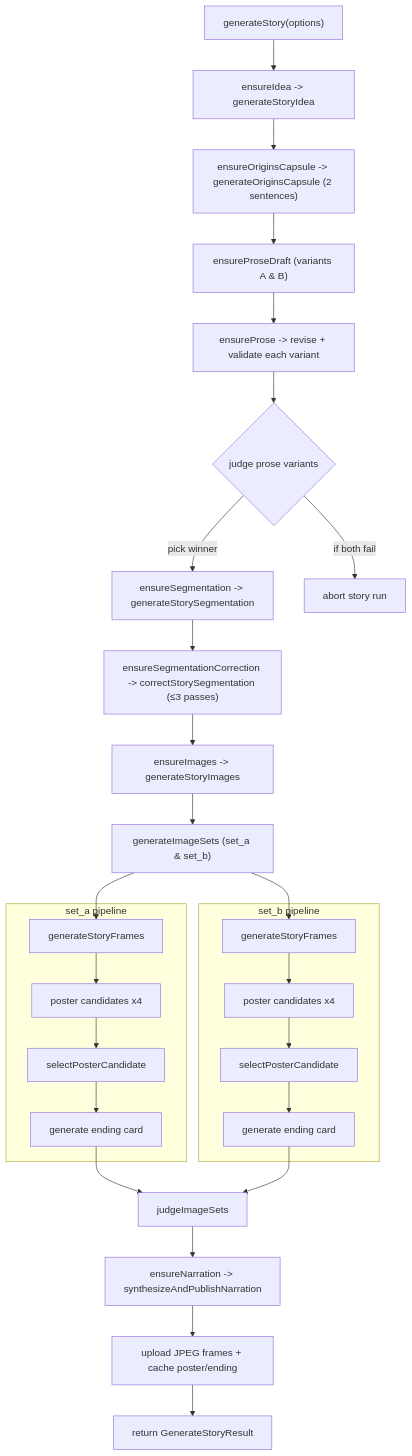
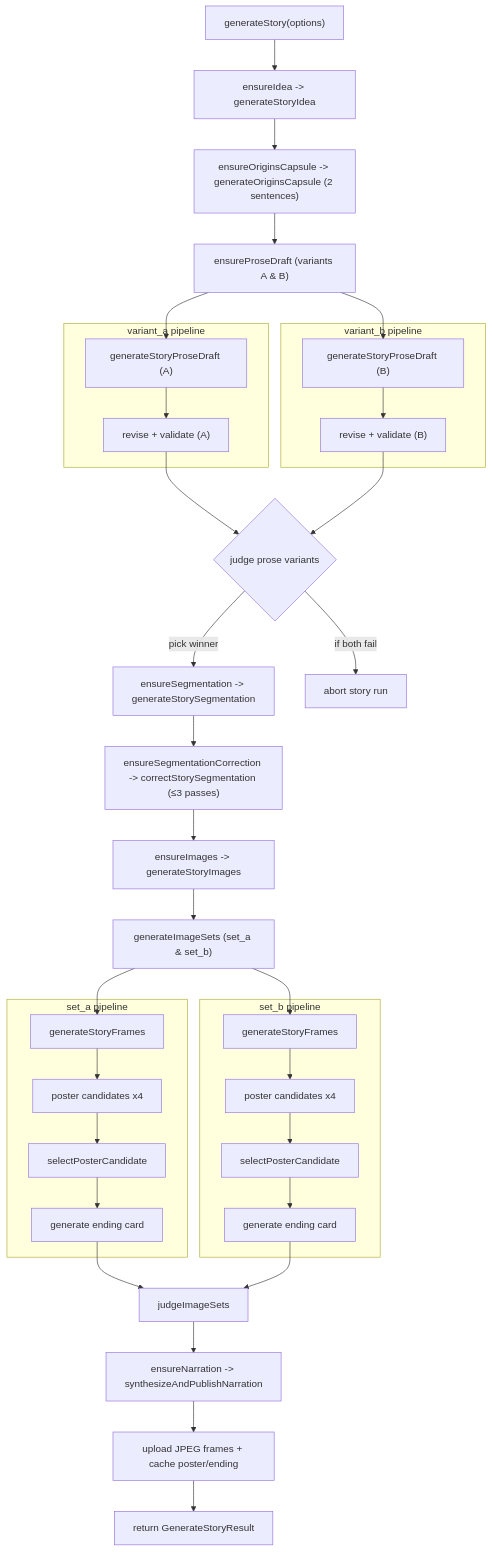
One commit to ljoukov/spark changed the first of 2 diagrams in docs/STORY.md. Above: the diagram before and after it, drawn with Mermaid.

Commit message:
[docs] make variant generation parallel in @STORY diagram

````diff
--- a/docs/STORY.md
+++ b/docs/STORY.md
@@ -7,33 +7,44 @@
 ```mermaid
 flowchart TD
   A["generateStory(options)"] --> B["ensureIdea -> generateStoryIdea"]
   B --> OC["ensureOriginsCapsule -> generateOriginsCapsule (2 sentences)"]
   OC --> PD["ensureProseDraft (variants A & B)"]
-  PD --> PR["ensureProse -> revise + validate each variant"]
-  PR --> JV{"judge prose variants"}
+  PD --> VA1
+  PD --> VB1
+
+  subgraph VariantA["variant_a pipeline"]
+    VA1["generateStoryProseDraft (A)"] --> VA2["revise + validate (A)"]
+  end
+
+  subgraph VariantB["variant_b pipeline"]
+    VB1["generateStoryProseDraft (B)"] --> VB2["revise + validate (B)"]
+  end
+
+  VA2 --> JV{"judge prose variants"}
+  VB2 --> JV
   JV -->|pick winner| F["ensureSegmentation -> generateStorySegmentation"]
   JV -->|if both fail| X["abort story run"]
   F --> FC["ensureSegmentationCorrection -> correctStorySegmentation (≤3 passes)"]
   FC --> I["ensureImages -> generateStoryImages"]
   I --> IS["generateImageSets (set_a & set_b)"]
   IS --> SA1
   IS --> SB1
 
   subgraph SetA["set_a pipeline"]
     SA1["generateStoryFrames"] --> SA2["poster candidates x4"]
     SA2 --> SA3["selectPosterCandidate"]
     SA3 --> SA4["generate ending card"]
   end
 
   subgraph SetB["set_b pipeline"]
     SB1["generateStoryFrames"] --> SB2["poster candidates x4"]
     SB2 --> SB3["selectPosterCandidate"]
     SB3 --> SB4["generate ending card"]
   end
 
   SA4 --> L["judgeImageSets"]
   SB4 --> L
   L --> M["ensureNarration -> synthesizeAndPublishNarration"]
   M --> N["upload JPEG frames + cache poster/ending"]
   N --> O["return GenerateStoryResult"]
 ```
````
